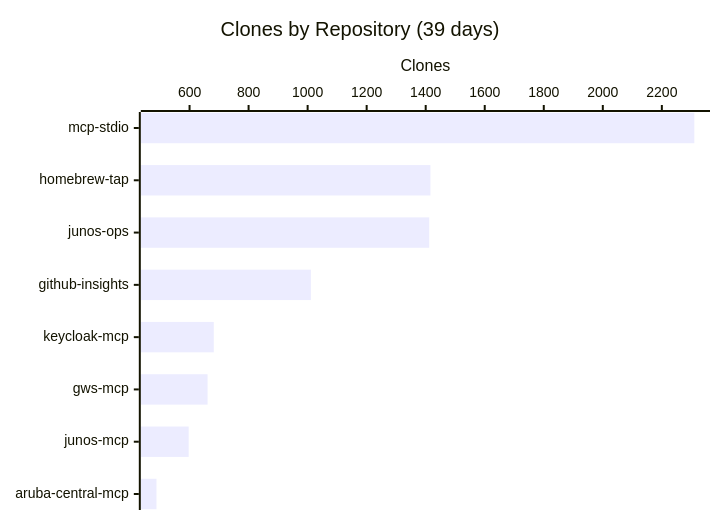
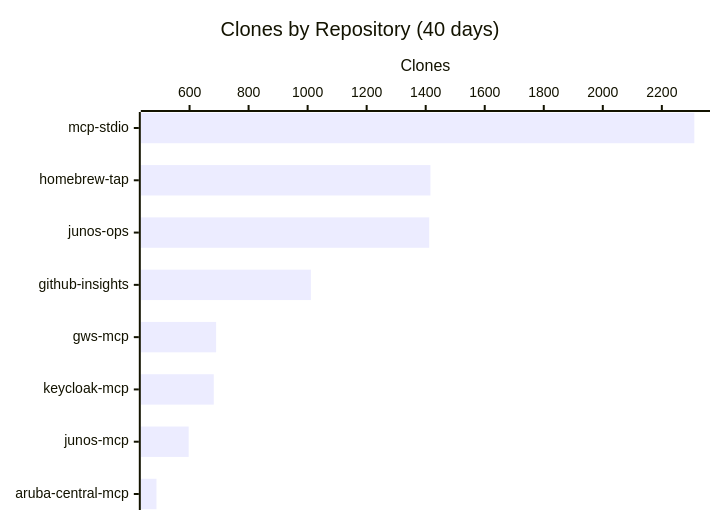
Before and after one commit to shigechika/github-insights: the third of 3 diagrams in README.md, drawn with Mermaid. The commit also changed other lines of this file and 1 other file, not shown here.

````diff
--- a/README.md
+++ b/README.md
@@ -36,7 +36,7 @@
 ```mermaid
 xychart-beta horizontal
-    title "Clones by Repository (39 days)"
-    x-axis ["mcp-stdio", "homebrew-tap", "junos-ops", "github-insights", "keycloak-mcp", "gws-mcp", "junos-mcp", "aruba-central-mcp"]
+    title "Clones by Repository (40 days)"
+    x-axis ["mcp-stdio", "homebrew-tap", "junos-ops", "github-insights", "gws-mcp", "keycloak-mcp", "junos-mcp", "aruba-central-mcp"]
     y-axis "Clones"
-    bar [2310, 1416, 1412, 1011, 682, 661, 597, 488]
+    bar [2310, 1416, 1412, 1011, 690, 682, 597, 488]
 ```
````
